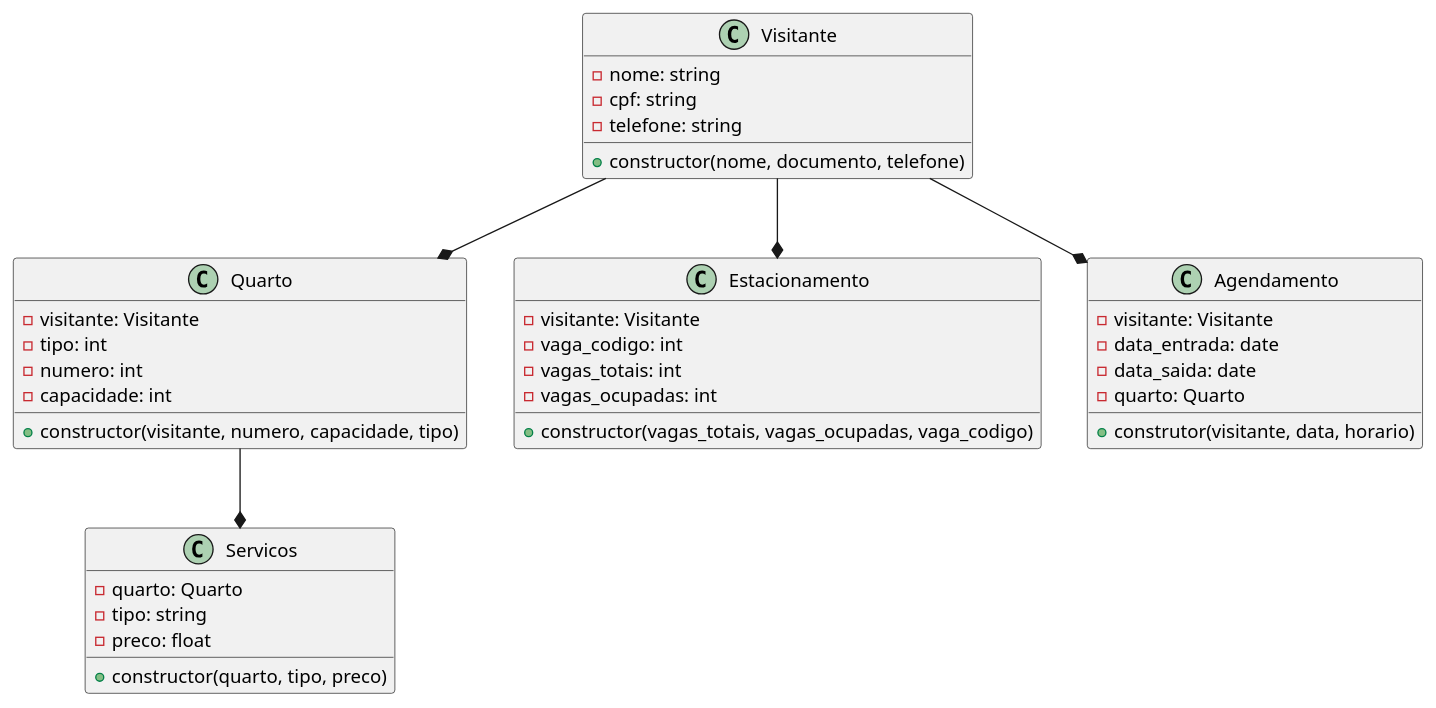
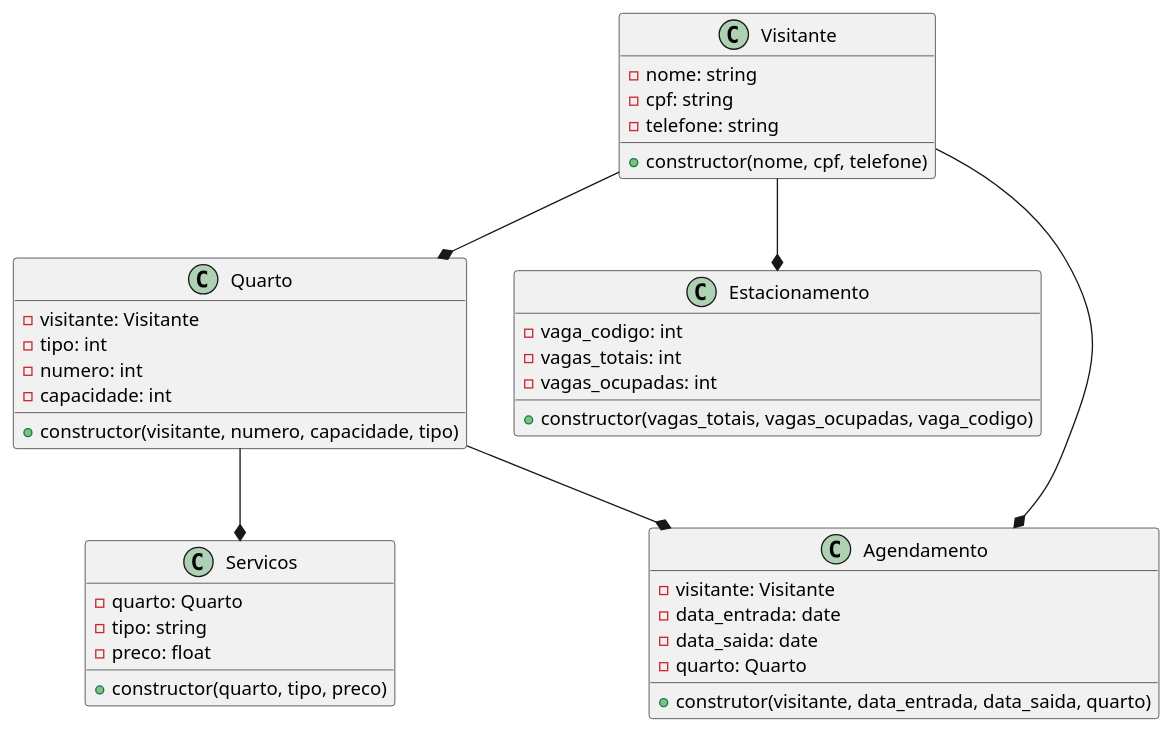
One commit to anleaes/2023-1-N2-POO-03 changed the diagram in diagrama/diagrama.puml. Above: the diagram before and after it, drawn with PlantUML.

Commit message:
Diagrama Atualizado

```diff
--- a/diagrama/diagrama.puml
+++ b/diagrama/diagrama.puml
@@ -1,43 +1,43 @@
 class Visitante {
   - nome: string
   - cpf: string
   - telefone: string
-  + constructor(nome, documento, telefone)
+  + constructor(nome, cpf, telefone)
 }
 
 class Quarto {
   - visitante: Visitante
   - tipo: int
   - numero: int
   - capacidade: int
   + constructor(visitante, numero, capacidade, tipo)
 }
 
 class Estacionamento {
-  - visitante: Visitante
   - vaga_codigo: int
   - vagas_totais: int
   - vagas_ocupadas: int
   + constructor(vagas_totais, vagas_ocupadas, vaga_codigo)
 }
 
 class Agendamento {
   - visitante: Visitante
   - data_entrada: date
   - data_saida: date
   - quarto: Quarto
-  + construtor(visitante, data, horario)
+  + construtor(visitante, data_entrada, data_saida, quarto)
 }
 
 class Servicos {
   - quarto: Quarto
   - tipo: string
   - preco: float
   + constructor(quarto, tipo, preco)
 }
 
 
 Visitante --* Quarto
 Visitante --* Agendamento
 Quarto --* Servicos
 Visitante --* Estacionamento
+Quarto --* Agendamento
```
